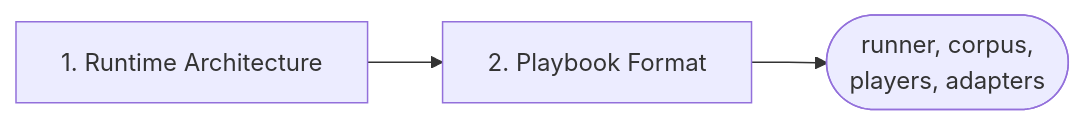
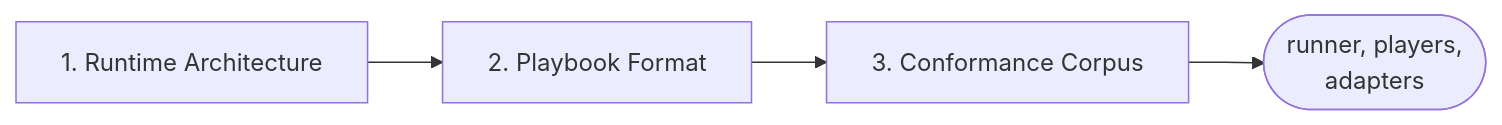
The second of 4 diagrams in docs/contributing/design-notes/README.md (pengzhengyi/dialoguedown), drawn with Mermaid before and after one commit. The commit also changed other lines of this file and 86 other files, not shown here.

First line of the commit message:
feat(conformance): add the conformance corpus (#372)

````diff
--- a/docs/contributing/design-notes/README.md
+++ b/docs/contributing/design-notes/README.md
@@ -71,5 +71,6 @@
 ```mermaid
 flowchart LR
     RA["1. Runtime Architecture"] --> PF["2. Playbook Format"]
-    PF --> RUN(["runner, corpus,<br/>players, adapters"])
+    PF --> CC["3. Conformance Corpus"]
+    CC --> RUN(["runner, players,<br/>adapters"])
 ```
````
